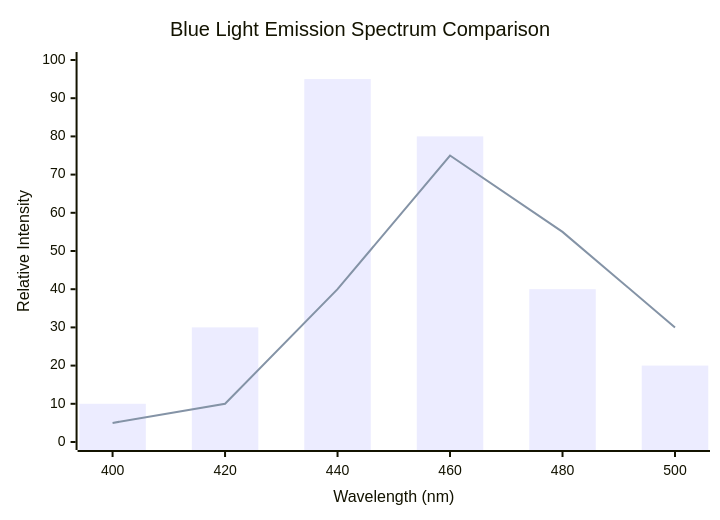
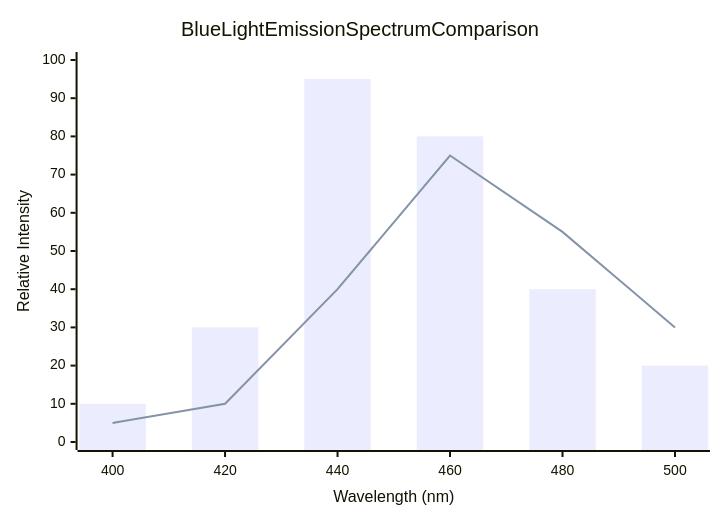
Before and after one commit to kenjinote/blog: the second of 4 diagrams in content/post/eye_strain_relief/index.en.md, drawn with Mermaid. The commit also changed other lines of this file and 703 other files, not shown here.

Commit message:
Fix: Remove quotes from Mermaid link texts and timeline definitions to support Mermaid 11.4.1

````diff
--- a/content/post/eye_strain_relief/index.en.md
+++ b/content/post/eye_strain_relief/index.en.md
@@ -122,8 +122,8 @@
 ```mermaid
 xychart-beta
-    title "Blue Light Emission Spectrum Comparison"
+    title Blue Light Emission Spectrum Comparison
     x-axis "Wavelength (nm)" [400, 420, 440, 460, 480, 500]
     y-axis "Relative Intensity" 0 --> 100
     bar "Standard LCD (W-LED)" [10, 30, 95, 80, 40, 20]
     line "Modern OLED / Low Blue Light" [5, 10, 40, 75, 55, 30]
 ```
````
